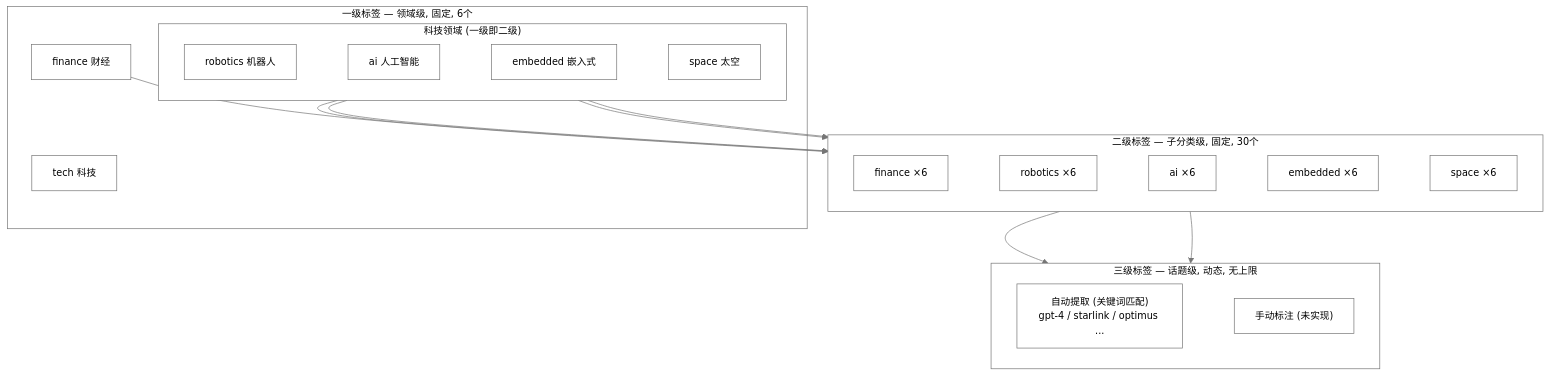
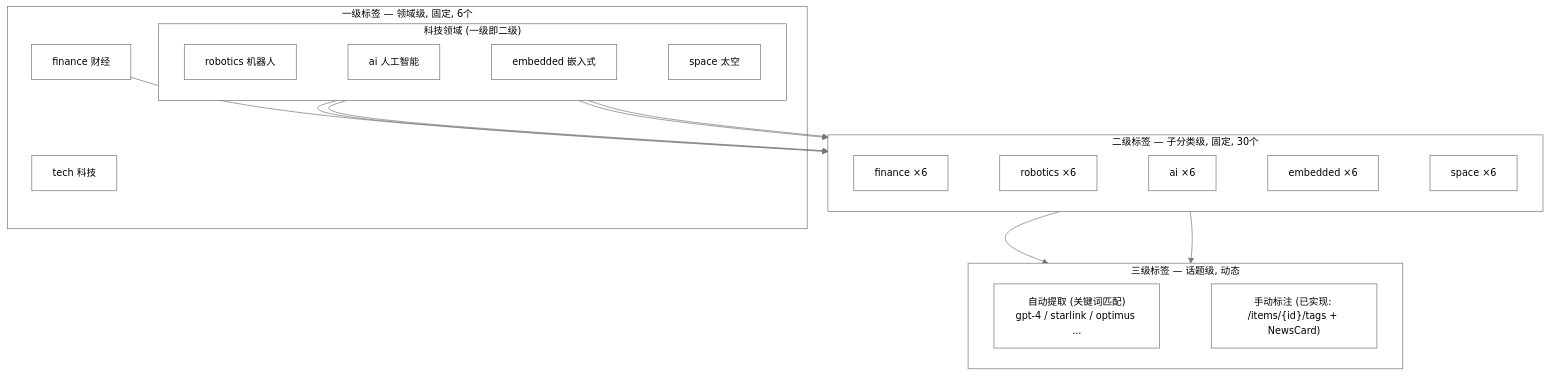
One commit to onceme/instantboard changed the fifth of 6 diagrams in docs/dev-guide/design/content-categories.md. Above: the diagram before and after it, drawn with Mermaid. The commit also changed other lines of this file and 14 other files, not shown here.

````diff
--- a/docs/dev-guide/design/content-categories.md
+++ b/docs/dev-guide/design/content-categories.md
@@ -509,26 +509,26 @@
 ```mermaid
 %%{init: {"theme": "base", "themeVariables": {"primaryColor": "#ffffff", "primaryTextColor": "#000000", "primaryBorderColor": "#767676", "lineColor": "#767676", "arrowheadColor": "#767676", "secondaryColor": "#ffffff", "secondaryTextColor": "#000000", "secondaryBorderColor": "#767676", "tertiaryColor": "#ffffff", "tertiaryTextColor": "#000000", "tertiaryBorderColor": "#767676", "edgeLabelBackground": "#ffffff", "textColor": "#000000", "nodeTextColor": "#000000", "mainBkg": "#ffffff", "nodeBorder": "#767676", "clusterBkg": "#ffffff", "clusterBdr": "#767676", "clusterTextColor": "#000000", "titleColor": "#000000", "fontSize": "14px"}, "flowchart": {"nodeSpacing": 40, "rankSpacing": 50, "wrappingWidth": 180, "useMaxWidth": true}}}%%
 graph TD
     subgraph level1_tags["一级标签 — 领域级, 固定, 6个"]
         t_finance["finance 财经"] ~~~ t_tech["tech 科技"]
         subgraph tech_level1["科技领域 (一级即二级)"]
             direction LR
             t_robotics["robotics 机器人"] ~~~ t_ai["ai 人工智能"] ~~~ t_embedded["embedded 嵌入式"] ~~~ t_space["space 太空"]
         end
     end
     subgraph level2_tags["二级标签 — 子分类级, 固定, 30个"]
         direction LR
         l2_fin["finance ×6"] ~~~ l2_rob["robotics ×6"] ~~~ l2_ai["ai ×6"] ~~~ l2_emb["embedded ×6"] ~~~ l2_sp["space ×6"]
     end
-    subgraph level3_tags["三级标签 — 话题级, 动态, 无上限"]
+    subgraph level3_tags["三级标签 — 话题级, 动态"]
         direction LR
-        l3_auto["自动提取 (关键词匹配)<br/>gpt-4 / starlink / optimus ..."] ~~~ l3_manual["手动标注 (未实现)"]
+        l3_auto["自动提取 (关键词匹配)<br/>gpt-4 / starlink / optimus ..."] ~~~ l3_manual["手动标注 (已实现: /items/{id}/tags + NewsCard)"]
     end
     t_finance --> l2_fin
     t_robotics --> l2_rob
     t_ai --> l2_ai
     t_embedded --> l2_emb
     t_space --> l2_sp
     level2_tags --> l3_auto
     level2_tags --> l3_manual
 ```
````
